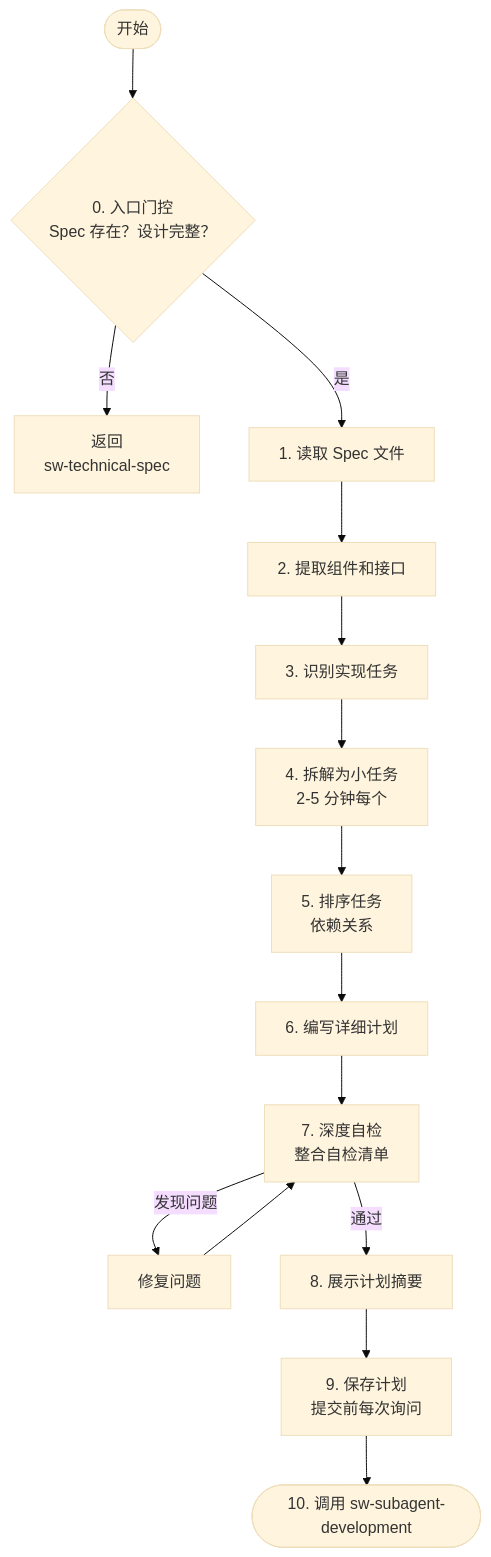
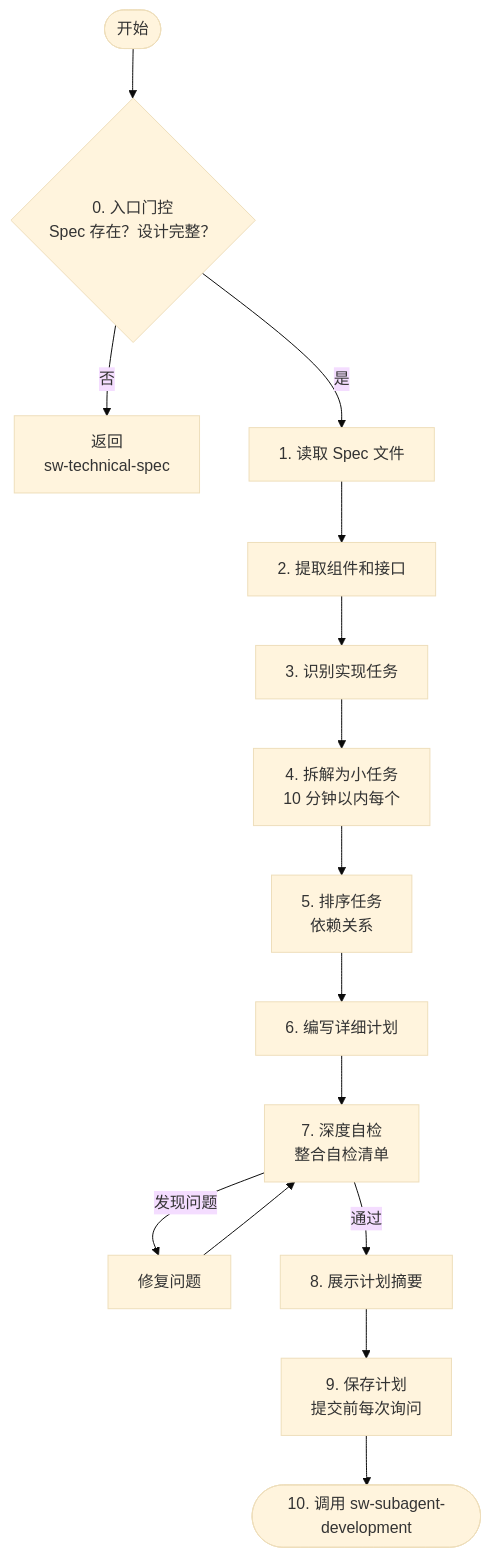
The second of 2 diagrams in sw-working-plan/SKILL.md (vaycentsun/sw-agiledevelopment), drawn with Mermaid (base theme) before and after one commit. The commit also changed other lines of this file, not shown here.

````diff
--- a/sw-working-plan/SKILL.md
+++ b/sw-working-plan/SKILL.md
@@ -52,17 +52,17 @@
 ```mermaid
 flowchart TD
     Start([开始]) --> Gate{0. 入口门控<br/>Spec 存在？设计完整？}
     Gate -->|否| NeedDesign[返回<br/>sw-technical-spec]
     Gate -->|是| ReadSpec[1. 读取 Spec 文件]
     ReadSpec --> Extract[2. 提取组件和接口]
     Extract --> Identify[3. 识别实现任务]
-    Identify --> BreakDown[4. 拆解为小任务<br/>2-5 分钟每个]
+    Identify --> BreakDown[4. 拆解为小任务<br/>10 分钟以内每个]
     BreakDown --> Order[5. 排序任务<br/>依赖关系]
     Order --> WritePlan[6. 编写详细计划]
     WritePlan --> SelfReview[7. 深度自检<br/>整合自检清单]
     SelfReview -->|发现问题| SelfFix[修复问题]
     SelfFix --> SelfReview
     SelfReview -->|通过| ShowSummary[8. 展示计划摘要]
     ShowSummary --> SavePlan[9. 保存计划<br/>提交前每次询问]
     SavePlan --> InvokeSubagent([10. 调用 sw-subagent-development])
 ```
````
